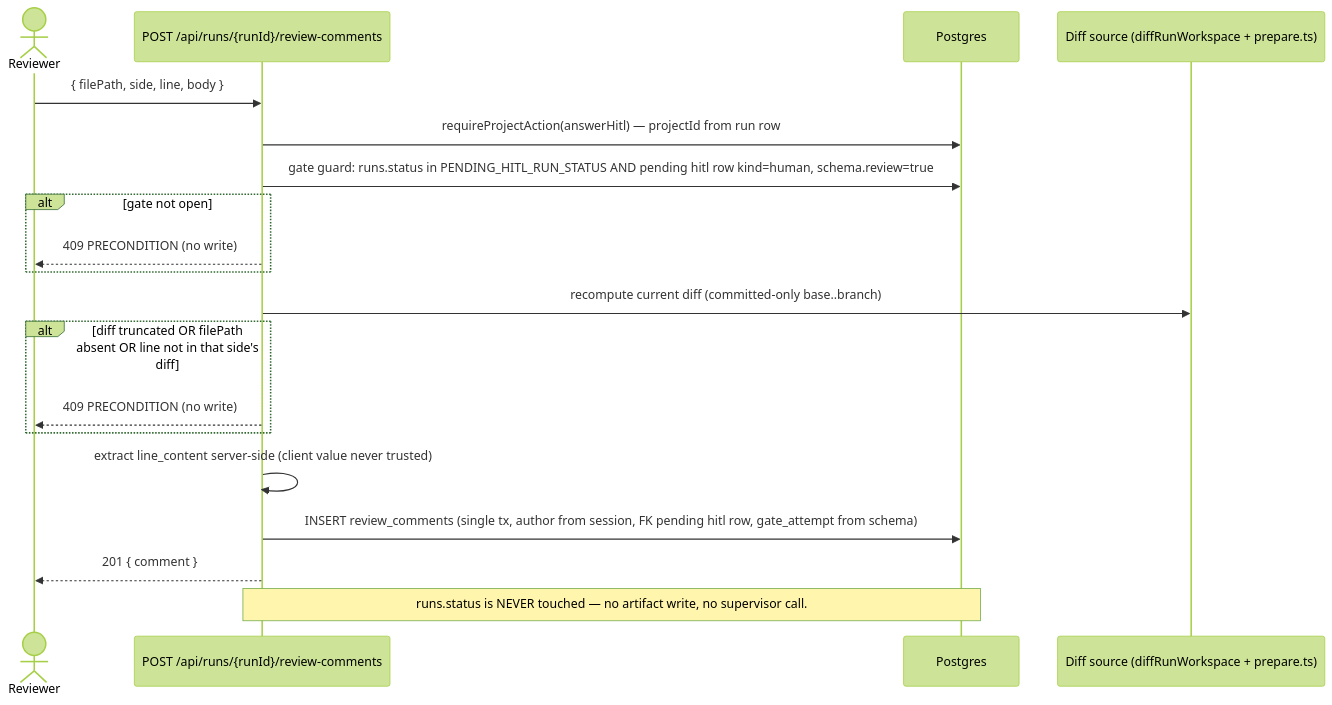
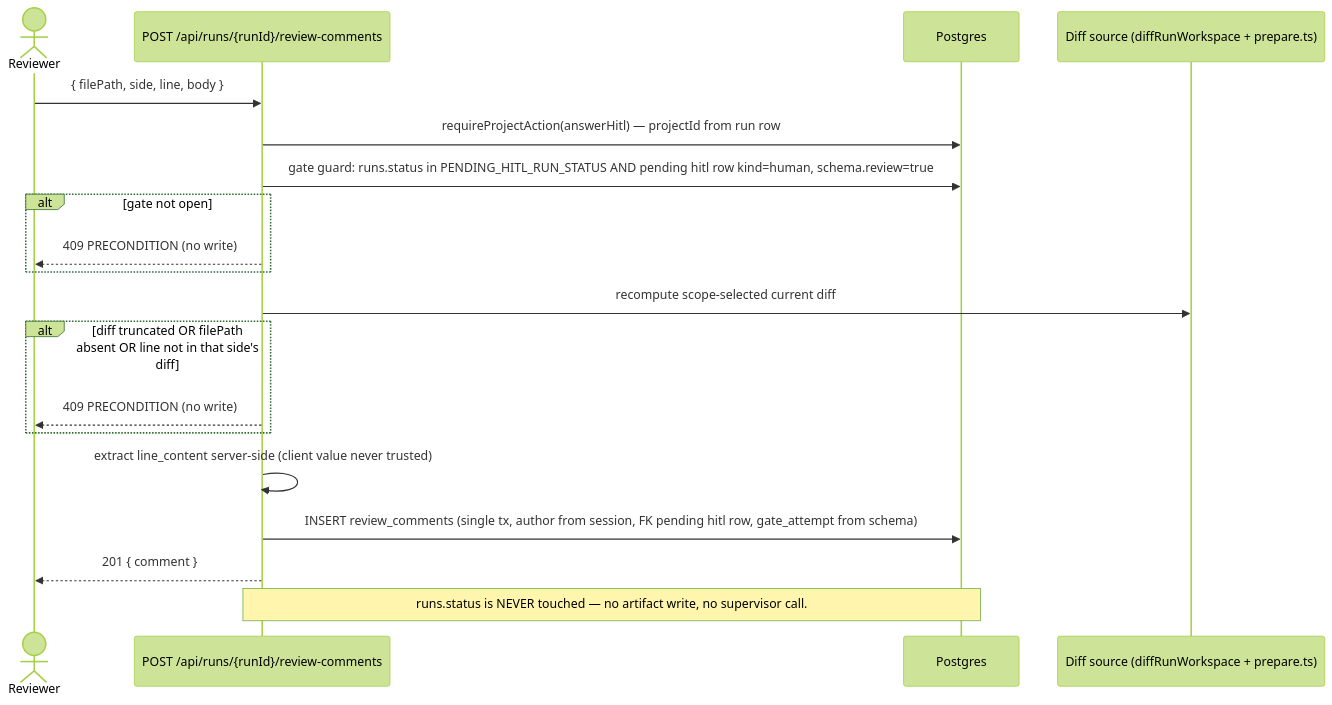
Before and after one commit to maister-dev/maister: the second of 6 diagrams in docs/system-analytics/review-comments.md, drawn with Mermaid (forest theme). The commit also changed other lines of this file and 17 other files, not shown here.

````diff
--- a/docs/system-analytics/review-comments.md
+++ b/docs/system-analytics/review-comments.md
@@ -96,22 +98,22 @@
 ```mermaid
 sequenceDiagram
     actor U as Reviewer
     participant W as POST /api/runs/{runId}/review-comments
     participant DB as Postgres
     participant G as Diff source (diffRunWorkspace + prepare.ts)
 
     U->>W: { filePath, side, line, body }
     W->>DB: requireProjectAction(answerHitl) — projectId from run row
     W->>DB: gate guard: runs.status in PENDING_HITL_RUN_STATUS AND pending hitl row kind=human, schema.review=true
     alt gate not open
         W-->>U: 409 PRECONDITION (no write)
     end
-    W->>G: recompute current diff (committed-only base..branch)
+    W->>G: recompute scope-selected current diff
     alt diff truncated OR filePath absent OR line not in that side's diff
         W-->>U: 409 PRECONDITION (no write)
     end
     W->>W: extract line_content server-side (client value never trusted)
     W->>DB: INSERT review_comments (single tx, author from session, FK pending hitl row, gate_attempt from schema)
     W-->>U: 201 { comment }
     Note over W,DB: runs.status is NEVER touched — no artifact write, no supervisor call.
 ```
````
